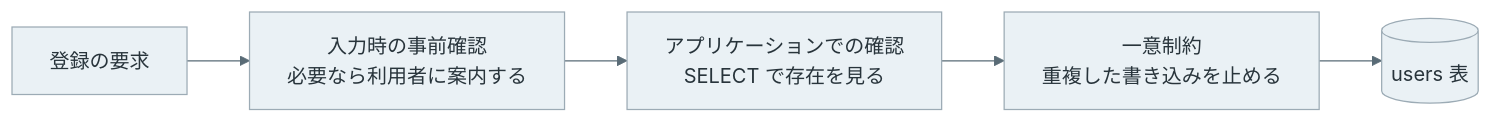
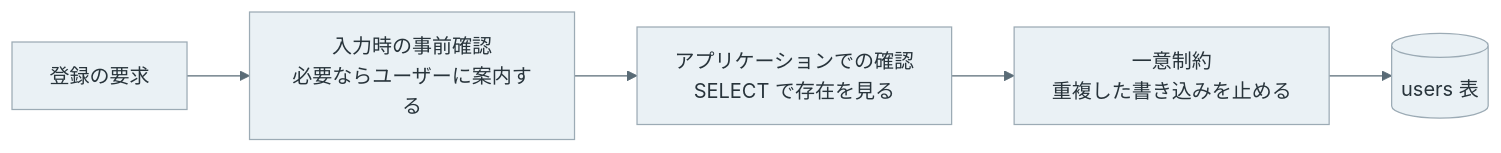
One commit to nao1215/debimate changed the first of 5 diagrams in content/notes/database-systems/unique-constraint/index.md. Above: the diagram before and after it, drawn with Mermaid. The commit also changed other lines of this file and 32 other files, not shown here.

````diff
--- a/content/notes/database-systems/unique-constraint/index.md
+++ b/content/notes/database-systems/unique-constraint/index.md
@@ -17,9 +17,9 @@
 ```mermaid
 %%{init: {"theme":"base","themeVariables":{"primaryColor":"#eaf1f5","primaryTextColor":"#28343b","primaryBorderColor":"#9cabb5","lineColor":"#596b76","textColor":"#28343b","actorBkg":"#eaf1f5","actorBorder":"#9cabb5","actorTextColor":"#28343b","actorLineColor":"#9cabb5","signalColor":"#596b76","signalTextColor":"#28343b","noteBkgColor":"#f7f1e5","noteBorderColor":"#c5b99b","noteTextColor":"#403c32","activationBkgColor":"#edf3ef","activationBorderColor":"#9aafa1"}}}%%
 flowchart LR
-    R["登録の要求"] --> I["入力時の事前確認<br/>必要なら利用者に案内する"]
+    R["登録の要求"] --> I["入力時の事前確認<br/>必要ならユーザーに案内する"]
     I --> A["アプリケーションでの確認<br/>SELECT で存在を見る"]
     A --> D["一意制約<br/>重複した書き込みを止める"]
     D --> T[("users 表")]
     classDef default fill:#eaf1f5,stroke:#9cabb5,color:#28343b;
 ```
````
